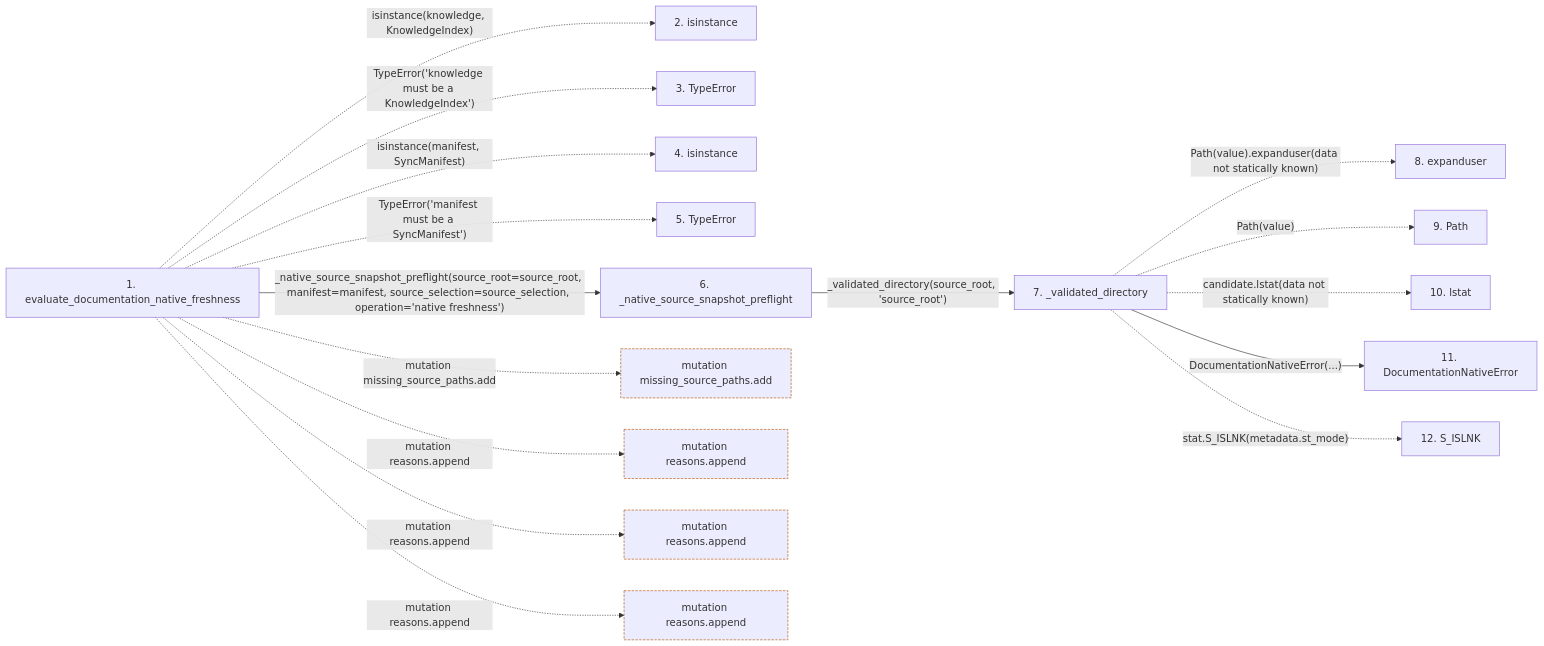
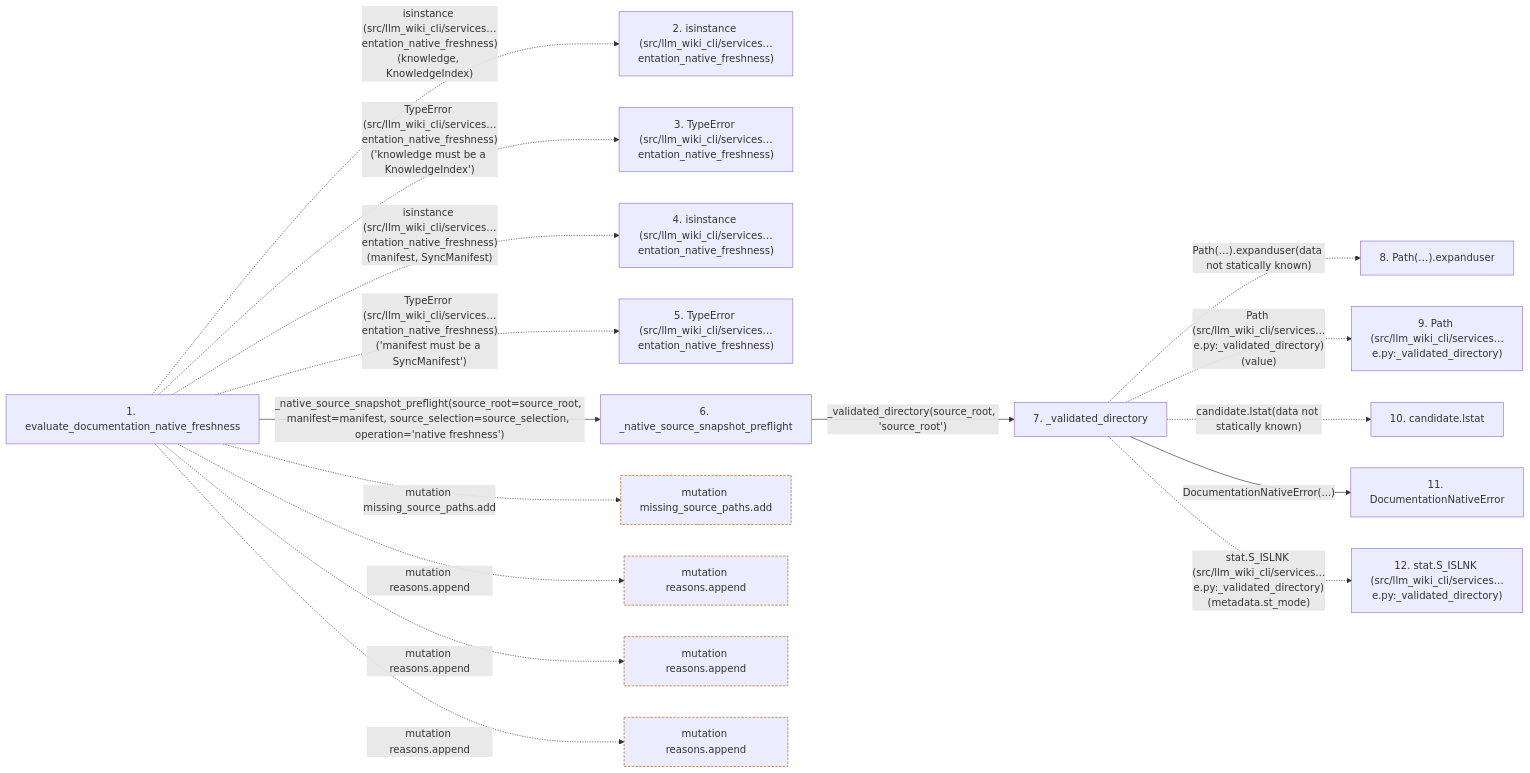
Before and after one commit to Denissvgn/python-wiki-llm: the second of 2 diagrams in docs/llm_wiki/flows/api-evaluate_documentation_native_freshness.md, drawn with Mermaid. The commit also changed other lines of this file and 719 other files, not shown here.

````diff
--- a/docs/llm_wiki/flows/api-evaluate_documentation_native_freshness.md
+++ b/docs/llm_wiki/flows/api-evaluate_documentation_native_freshness.md
@@ -107,43 +110,43 @@
 ```mermaid
 flowchart LR
     s1["1. evaluate_documentation_native_freshness"]
-    s2["2. isinstance"]
-    s3["3. TypeError"]
-    s4["4. isinstance"]
-    s5["5. TypeError"]
+    s2["2. isinstance (src/llm_wiki_cli/services…entation_native_freshness)"]
+    s3["3. TypeError (src/llm_wiki_cli/services…entation_native_freshness)"]
+    s4["4. isinstance (src/llm_wiki_cli/services…entation_native_freshness)"]
+    s5["5. TypeError (src/llm_wiki_cli/services…entation_native_freshness)"]
     s6["6. _native_source_snapshot_preflight"]
     s7["7. _validated_directory"]
-    s8["8. expanduser"]
-    s9["9. Path"]
-    s10["10. lstat"]
+    s8["8. Path(…).expanduser"]
+    s9["9. Path (src/llm_wiki_cli/services…e.py:_validated_directory)"]
+    s10["10. candidate.lstat"]
     s11["11. DocumentationNativeError"]
-    s12["12. S_ISLNK"]
-    s1 -. "isinstance(knowledge, KnowledgeIndex)" .-> s2
-    s1 -. "TypeError('knowledge must be a KnowledgeIndex')" .-> s3
-    s1 -. "isinstance(manifest, SyncManifest)" .-> s4
-    s1 -. "TypeError('manifest must be a SyncManifest')" .-> s5
+    s12["12. stat.S_ISLNK (src/llm_wiki_cli/services…e.py:_validated_directory)"]
+    s1 -. "isinstance (src/llm_wiki_cli/services…entation_native_freshness)(knowledge, KnowledgeIndex)" .-> s2
+    s1 -. "TypeError (src/llm_wiki_cli/services…entation_native_freshness)('knowledge must be a KnowledgeIndex')" .-> s3
+    s1 -. "isinstance (src/llm_wiki_cli/services…entation_native_freshness)(manifest, SyncManifest)" .-> s4
+    s1 -. "TypeError (src/llm_wiki_cli/services…entation_native_freshness)('manifest must be a SyncManifest')" .-> s5
     s1 -->|"_native_source_snapshot_preflight(source_root=source_root, manifest=manifest, source_selection=source_selection, operation='native freshness')"| s6
     s6 -->|"_validated_directory(source_root, 'source_root')"| s7
-    s7 -. "Path(value).expanduser(data not statically known)" .-> s8
-    s7 -. "Path(value)" .-> s9
+    s7 -. "Path(…).expanduser(data not statically known)" .-> s8
+    s7 -. "Path (src/llm_wiki_cli/services…e.py:_validated_directory)(value)" .-> s9
     s7 -. "candidate.lstat(data not statically known)" .-> s10
     s7 -->|"DocumentationNativeError(...)"| s11
-    s7 -. "stat.S_ISLNK(metadata.st_mode)" .-> s12
+    s7 -. "stat.S_ISLNK (src/llm_wiki_cli/services…e.py:_validated_directory)(metadata.st_mode)" .-> s12
     b0["mutation missing_source_paths.add"]
     s1 -. "mutation missing_source_paths.add" .-> b0
     b1["mutation reasons.append"]
     s1 -. "mutation reasons.append" .-> b1
     b2["mutation reasons.append"]
     s1 -. "mutation reasons.append" .-> b2
     b3["mutation reasons.append"]
     s1 -. "mutation reasons.append" .-> b3
     click s1 "../modules/documentation_native.md"
     click s6 "../modules/documentation_native.md"
     click s7 "../modules/documentation_native.md"
     click s11 "../modules/documentation_native.md"
     classDef boundary stroke:#b45309,stroke-dasharray: 4 2
     class b0 boundary
     class b1 boundary
     class b2 boundary
     class b3 boundary
 ```
````
